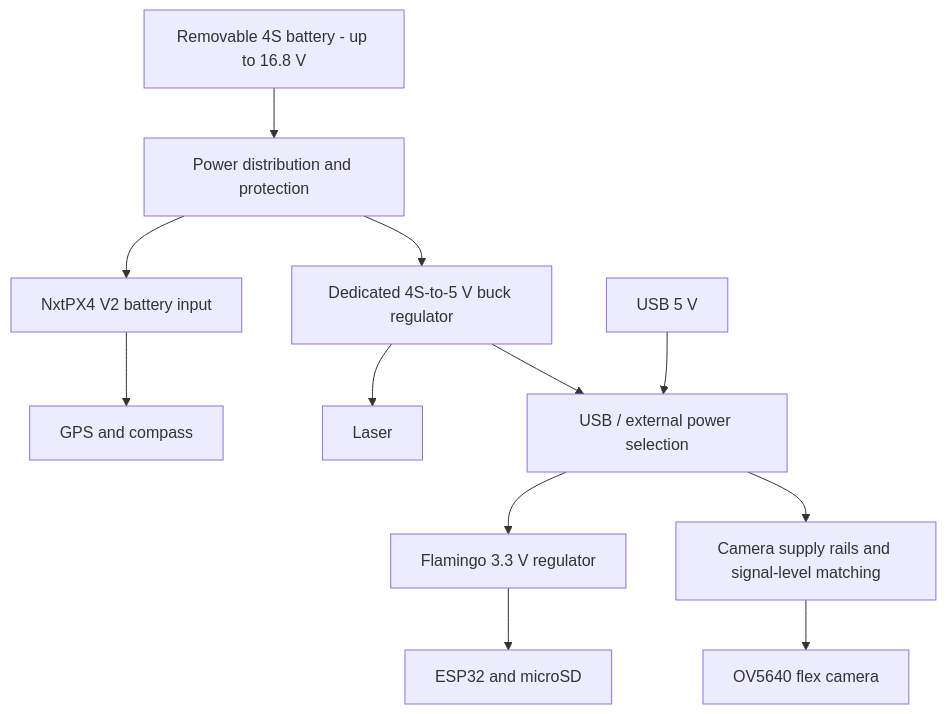
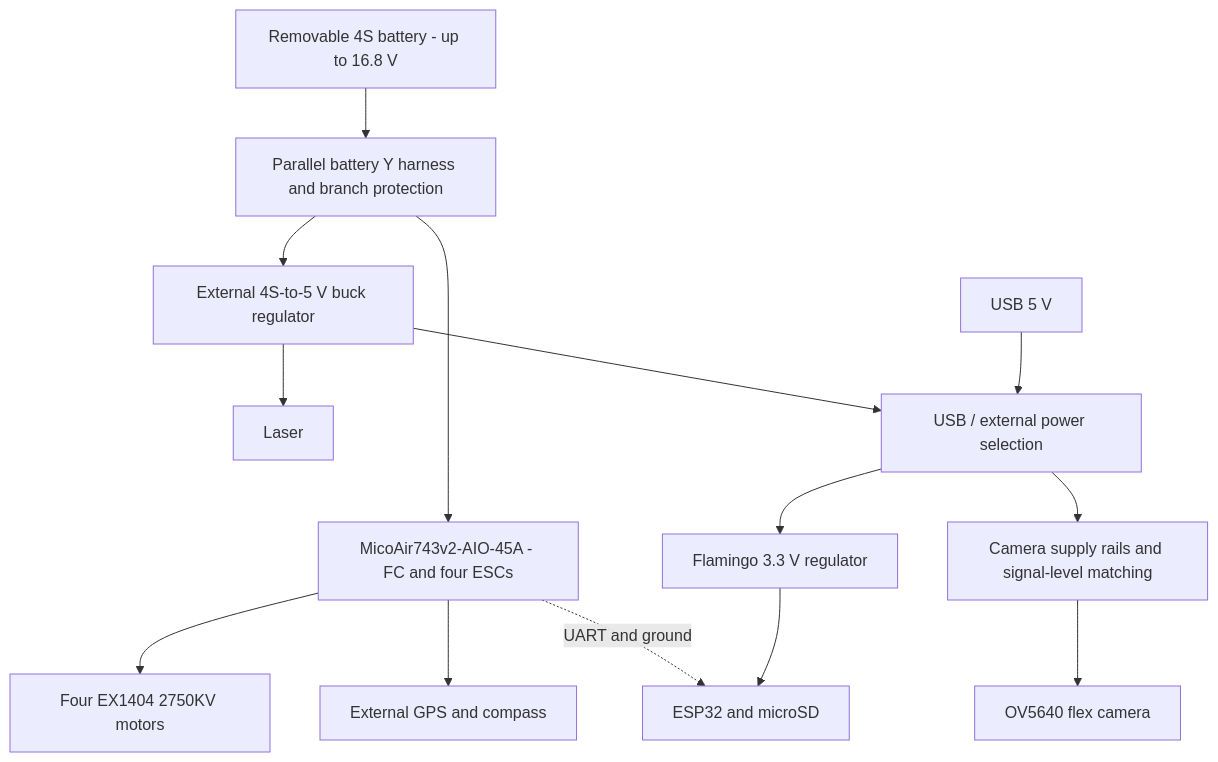
One commit to carnegie-mellon-rocket-command/payload-hw27-usli changed the diagram in Flamingo/COMPONENTS.md. Above: the diagram before and after it, drawn with Mermaid. The commit also changed other lines of this file and 1 other file, not shown here.

````diff
--- a/Flamingo/COMPONENTS.md
+++ b/Flamingo/COMPONENTS.md
@@ -21,14 +22,16 @@
 ```mermaid
 flowchart TD
-    B[Removable 4S battery - up to 16.8 V] --> P[Power distribution and protection]
-    P --> FC[NxtPX4 V2 battery input]
-    FC --> GPS[GPS and compass]
-    P --> V5[Dedicated 4S-to-5 V buck regulator]
+    B[Removable 4S battery - up to 16.8 V] --> P[Parallel battery Y harness and branch protection]
+    P --> FC[MicoAir743v2-AIO-45A - FC and four ESCs]
+    FC --> M[Four EX1404 2750KV motors]
+    FC --> GPS[External GPS and compass]
+    FC -. UART and ground .-> E
+    P --> V5[External 4S-to-5 V buck regulator]
     V5 --> L[Laser]
     V5 --> S[USB / external power selection]
     U[USB 5 V] --> S
     S --> V3[Flamingo 3.3 V regulator]
     V3 --> E[ESP32 and microSD]
     S --> CP[Camera supply rails and signal-level matching]
     CP --> C[OV5640 flex camera]
 ```
````
